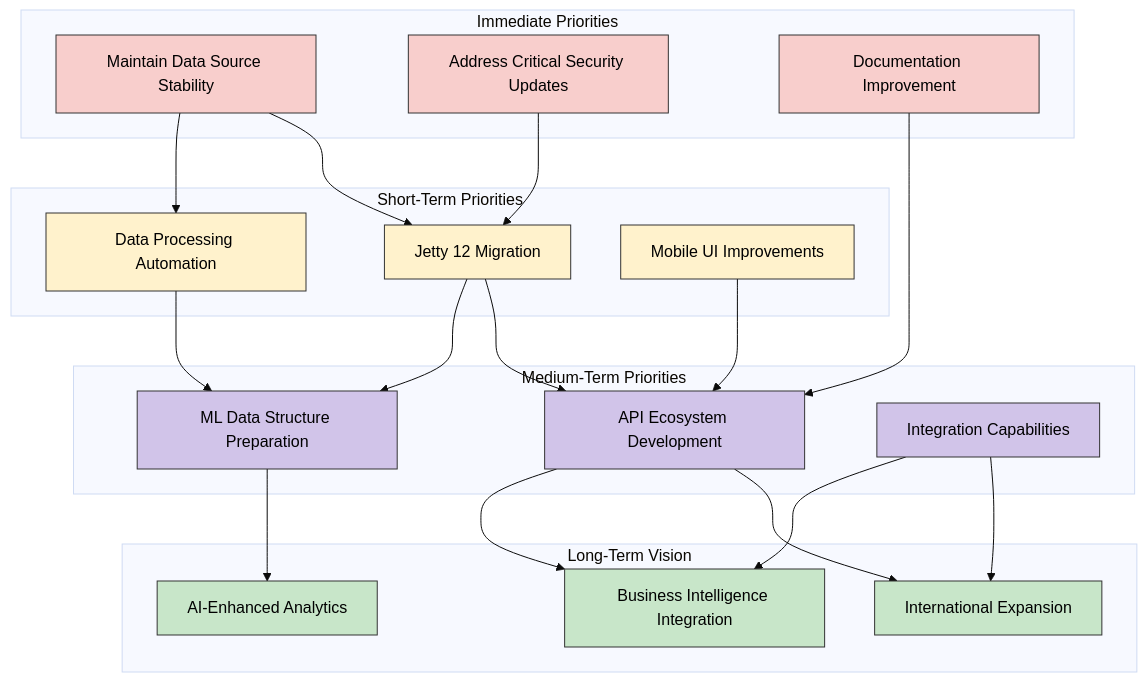
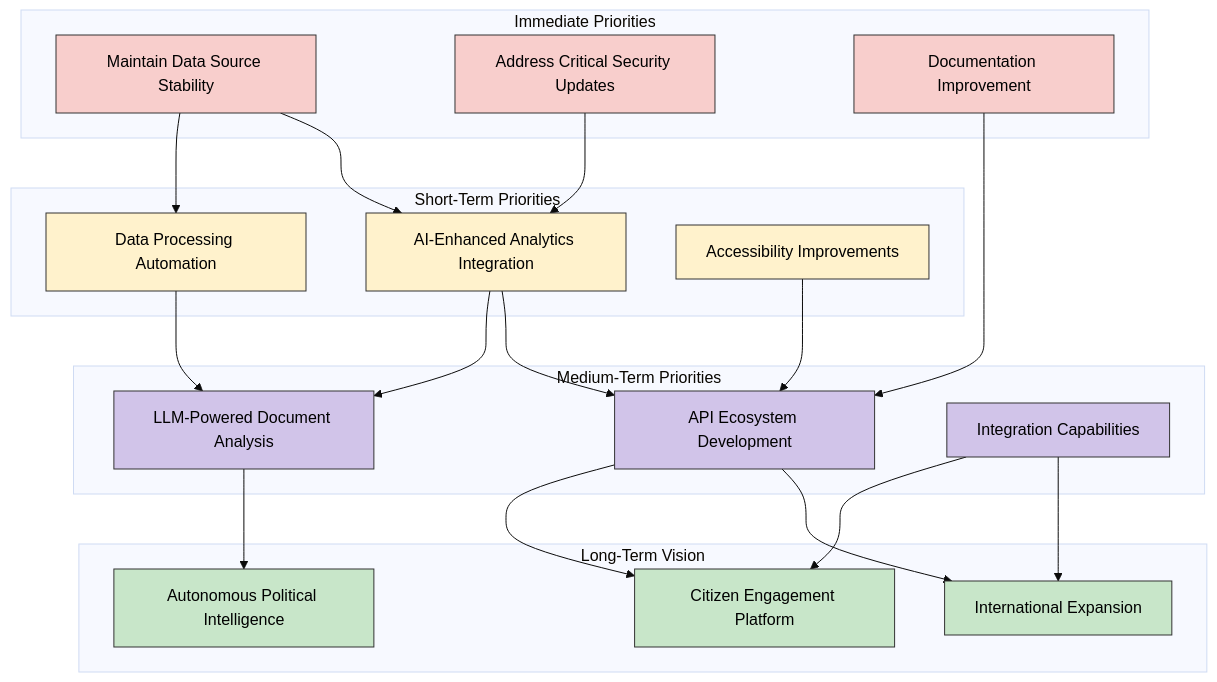
One commit to Hack23/cia changed the seventh of 8 diagrams in SWOT.md. Above: the diagram before and after it, drawn with Mermaid (base theme). The commit also changed other lines of this file and 1 other file, not shown here.

Commit message:
docs: update SWOT.md and DATA_MODEL.md to reflect current state with accurate timelines

````diff
--- a/SWOT.md
+++ b/SWOT.md
@@ -317,52 +318,52 @@
 ```mermaid
 graph TD
     subgraph "Immediate Priorities"
         IP1[Maintain Data Source Stability]
         IP2[Address Critical Security Updates]
         IP3[Documentation Improvement]
     end
     
     subgraph "Short-Term Priorities"
-        ST1[Jetty 12 Migration]
+        ST1[AI-Enhanced Analytics Integration]
         ST2[Data Processing Automation]
-        ST3[Mobile UI Improvements]
+        ST3[Accessibility Improvements]
     end
     
     subgraph "Medium-Term Priorities"
         MT1[API Ecosystem Development]
-        MT2[ML Data Structure Preparation]
+        MT2[LLM-Powered Document Analysis]
         MT3[Integration Capabilities]
     end
     
     subgraph "Long-Term Vision"
         LT1[International Expansion]
-        LT2[AI-Enhanced Analytics]
-        LT3[Business Intelligence Integration]
+        LT2[Autonomous Political Intelligence]
+        LT3[Citizen Engagement Platform]
     end
     
     IP1 --> ST1
     IP1 --> ST2
     IP2 --> ST1
     IP3 --> MT1
     
     ST1 --> MT1
     ST1 --> MT2
     ST2 --> MT2
     ST3 --> MT1
     
     MT1 --> LT1
     MT1 --> LT3
     MT2 --> LT2
     MT3 --> LT1
     MT3 --> LT3
     
     classDef immediate fill:#f8cecc,stroke:#333,stroke-width:1px,color:black
     classDef shortTerm fill:#fff2cc,stroke:#333,stroke-width:1px,color:black
     classDef mediumTerm fill:#d1c4e9,stroke:#333,stroke-width:1px,color:black
     classDef longTerm fill:#c8e6c9,stroke:#333,stroke-width:1px,color:black
     
     class IP1,IP2,IP3 immediate
     class ST1,ST2,ST3 shortTerm
     class MT1,MT2,MT3 mediumTerm
     class LT1,LT2,LT3 longTerm
 ```
````
